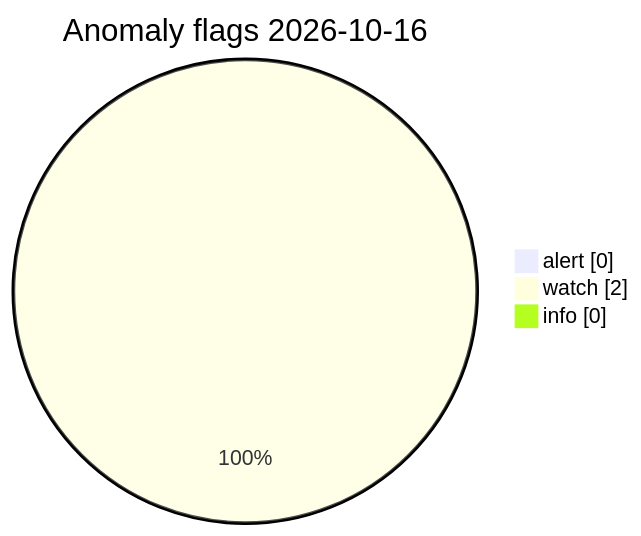
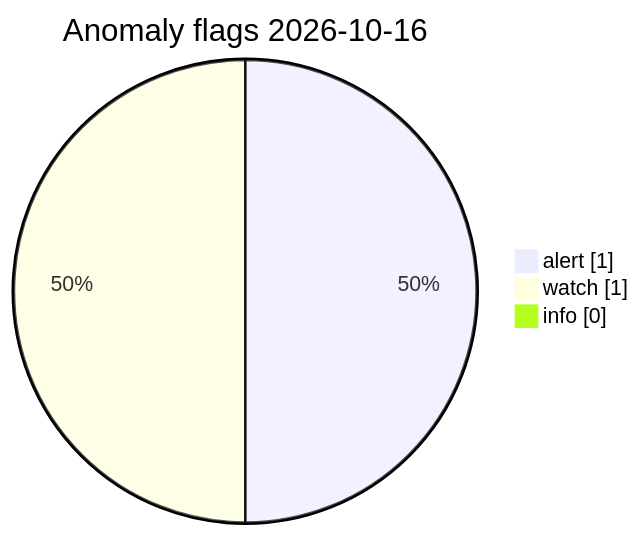
Before and after one commit to Midwest-Stratospheric/Unified-Open-Global-Weather: the diagram in visuals/latest/CHARTS.md, drawn with Mermaid. The commit also changed other lines of this file and 11 other files, not shown here.

Commit message:
data(visuals): automated charts 2026-10-16T14:06Z

````diff
--- a/visuals/latest/CHARTS.md
+++ b/visuals/latest/CHARTS.md
@@ -73,7 +73,7 @@
 ```mermaid
 pie showData
   title Anomaly flags 2026-10-16
-  "alert" : 0
-  "watch" : 2
+  "alert" : 1
+  "watch" : 1
   "info" : 0
 ```
````
